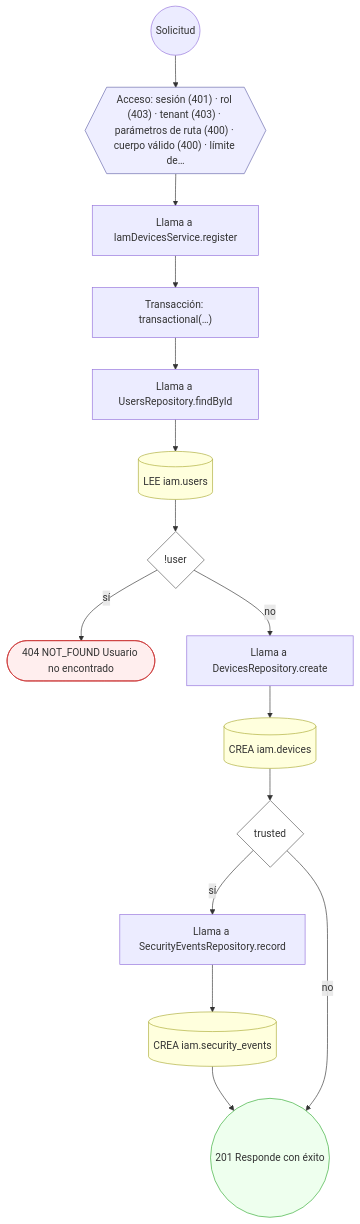
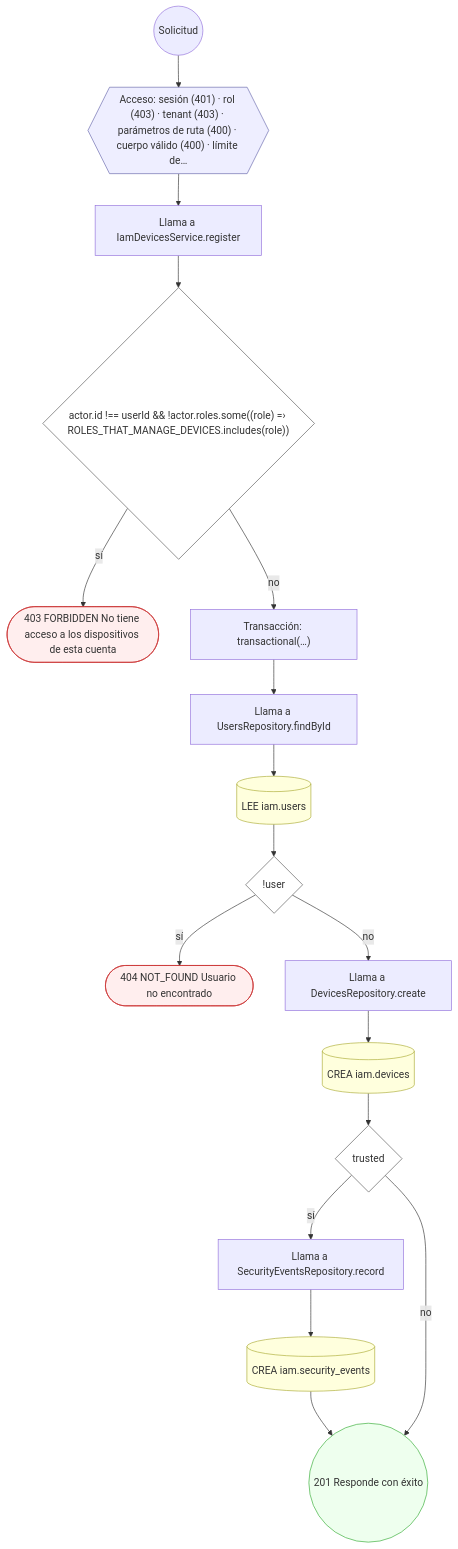
Before and after one commit to mdavila-2001/mantra-core-health-api: diagram 24 of 32 in docs/inventario/flujos/iam.md, drawn with Mermaid. The commit also changed other lines of this file and 79 other files, not shown here.

````diff
--- a/docs/inventario/flujos/iam.md
+++ b/docs/inventario/flujos/iam.md
@@ -2417,37 +2428,41 @@
 ```mermaid
 flowchart TD
   n1(("Solicitud")):::inicio
   n2{{"Acceso: sesión (401) · rol (403) · tenant (403) · parámetros de ruta (400) · cuerpo válido (400) · límite de…"}}:::acceso
   n1 --> n2
   n3["Llama a IamDevicesService.register"]:::llamada
   n2 --> n3
-  n4["Transacción: transactional(…)"]:::transaccion
+  n4{"actor.id !== userId && !actor.roles.some((role) =› ROLES_THAT_MANAGE_DEVICES.includes(role))"}:::decision
   n3 --> n4
-  n5["Llama a UsersRepository.findById"]:::llamada
-  n4 --> n5
-  n6[("LEE iam.users")]:::efecto
-  n5 --> n6
-  n7{"!user"}:::decision
+  n5(["403 FORBIDDEN No tiene acceso a los dispositivos de esta cuenta"]):::error
+  n4 -->|"sí"| n5
+  n6["Transacción: transactional(…)"]:::transaccion
+  n4 -->|"no"| n6
+  n7["Llama a UsersRepository.findById"]:::llamada
   n6 --> n7
-  n8(["404 NOT_FOUND Usuario no encontrado"]):::error
-  n7 -->|"sí"| n8
-  n9["Llama a DevicesRepository.create"]:::llamada
-  n7 -->|"no"| n9
-  n10[("CREA iam.devices")]:::efecto
-  n9 --> n10
-  n11{"trusted"}:::decision
-  n10 --> n11
-  n12["Llama a SecurityEventsRepository.record"]:::llamada
-  n11 -->|"sí"| n12
-  n13[("CREA iam.security_events")]:::efecto
+  n8[("LEE iam.users")]:::efecto
+  n7 --> n8
+  n9{"!user"}:::decision
+  n8 --> n9
+  n10(["404 NOT_FOUND Usuario no encontrado"]):::error
+  n9 -->|"sí"| n10
+  n11["Llama a DevicesRepository.create"]:::llamada
+  n9 -->|"no"| n11
+  n12[("CREA iam.devices")]:::efecto
+  n11 --> n12
+  n13{"trusted"}:::decision
   n12 --> n13
-  n14(("201 Responde con éxito")):::ok
-  n13 --> n14
-  n11 -->|"no"| n14
+  n14["Llama a SecurityEventsRepository.record"]:::llamada
+  n13 -->|"sí"| n14
+  n15[("CREA iam.security_events")]:::efecto
+  n14 --> n15
+  n16(("201 Responde con éxito")):::ok
+  n15 --> n16
+  n13 -->|"no"| n16
   classDef acceso fill:#eef,stroke:#66a
   classDef error fill:#fee,stroke:#c33
   classDef ok fill:#efe,stroke:#3a3
   classDef efecto fill:#ffd,stroke:#aa3
   classDef decision fill:#fff,stroke:#555
   classDef corte fill:#eee,stroke:#999,stroke-dasharray: 4
 ```
````
